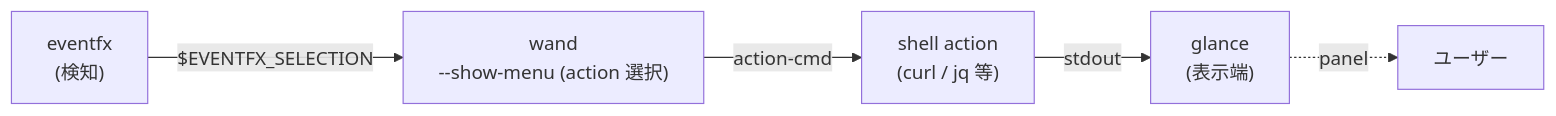
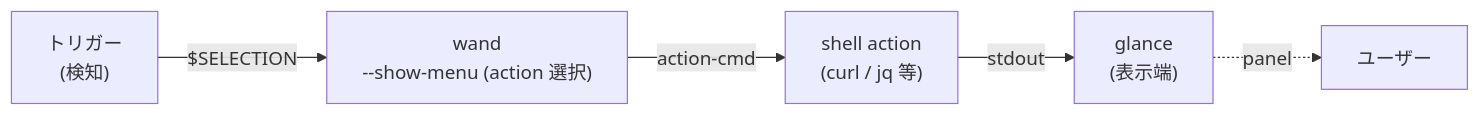
The first of 2 diagrams in docs/glossary.md (akira-toriyama/glance), drawn with Mermaid before and after one commit. The commit also changed other lines of this file and 15 other files, not shown here.

````diff
--- a/docs/glossary.md
+++ b/docs/glossary.md
@@ -32,12 +32,12 @@
 ```mermaid
 flowchart LR
-  EVENTFX["eventfx<br/>(検知)"]
+  TRIGGER["トリガー<br/>(検知)"]
   WAND["wand<br/>--show-menu (action 選択)"]
   SHELL["shell action<br/>(curl / jq 等)"]
   GLANCE["glance<br/>(表示端)"]
   USER["ユーザー"]
-  EVENTFX -->|"$EVENTFX_SELECTION"| WAND
+  TRIGGER -->|"$SELECTION"| WAND
   WAND -->|"action-cmd"| SHELL
   SHELL -->|"stdout"| GLANCE
   GLANCE -.panel.-> USER
 ```
````
